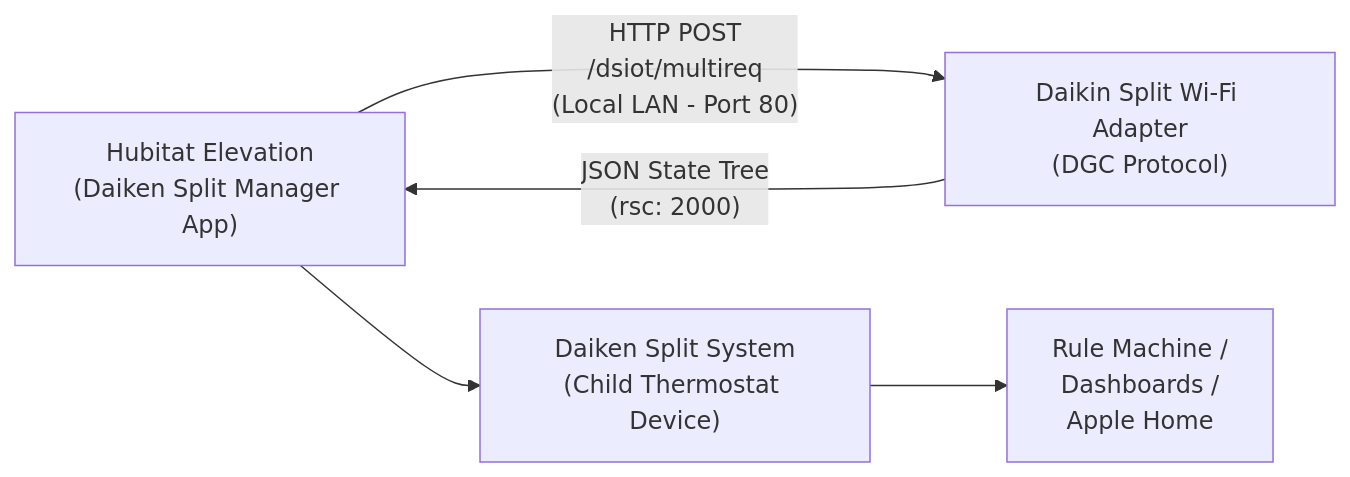
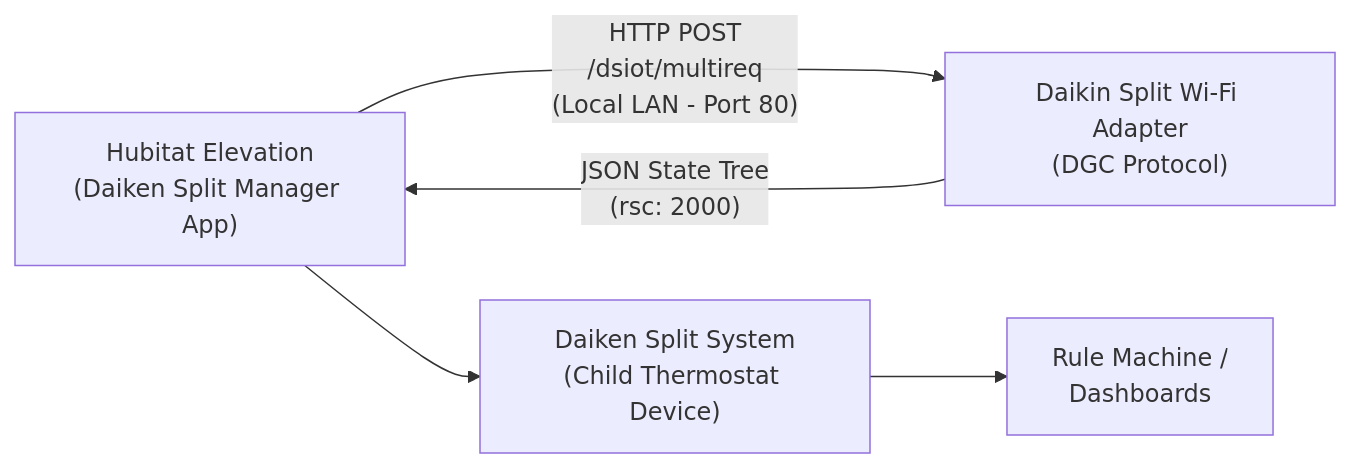
The diagram in README.md (KurtSanders/Hubitat-Daiken-Split-Manager), drawn with Mermaid before and after one commit. The commit also changed other lines of this file, not shown here.

````diff
--- a/README.md
+++ b/README.md
@@ -13,7 +13,7 @@
 ```mermaid
 flowchart LR
     HE["Hubitat Elevation<br/>(Daiken Split Manager App)"] --->|"HTTP POST<br/>/dsiot/multireq<br/>(Local LAN - Port 80)"| DK["Daikin Split Wi-Fi Adapter<br/>(DGC Protocol)"]
     DK --->|"JSON State Tree<br/>(rsc: 2000)"| HE
     HE --> CD["Daiken Split System<br/>(Child Thermostat Device)"]
-    CD --> RM["Rule Machine /<br/>Dashboards /<br/>Apple Home"]
+    CD --> RM["Rule Machine /<br/>Dashboards"]
 ```
````
